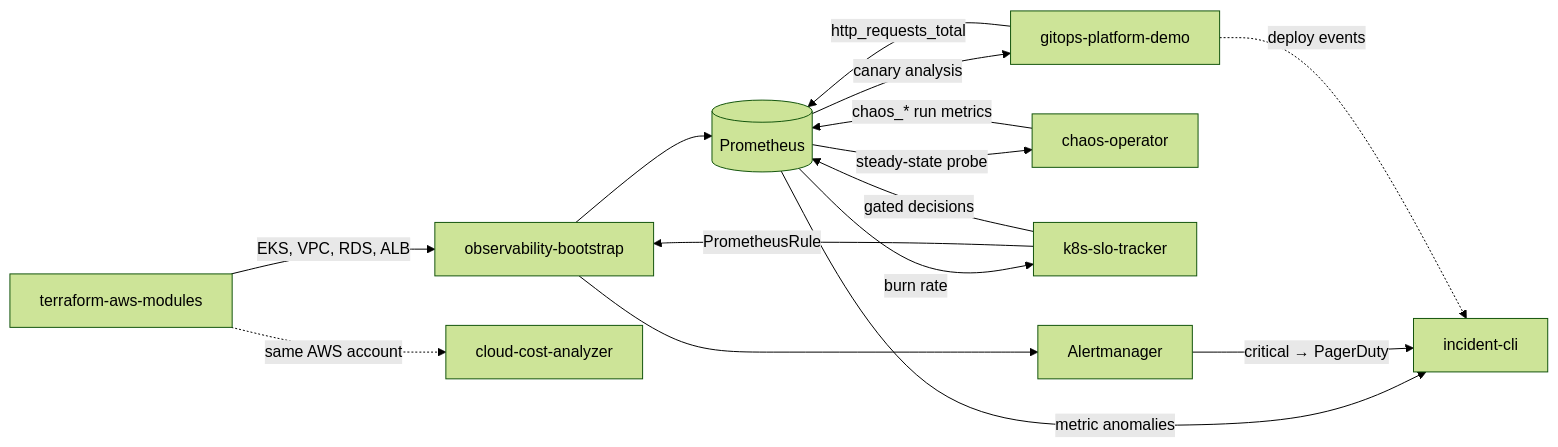
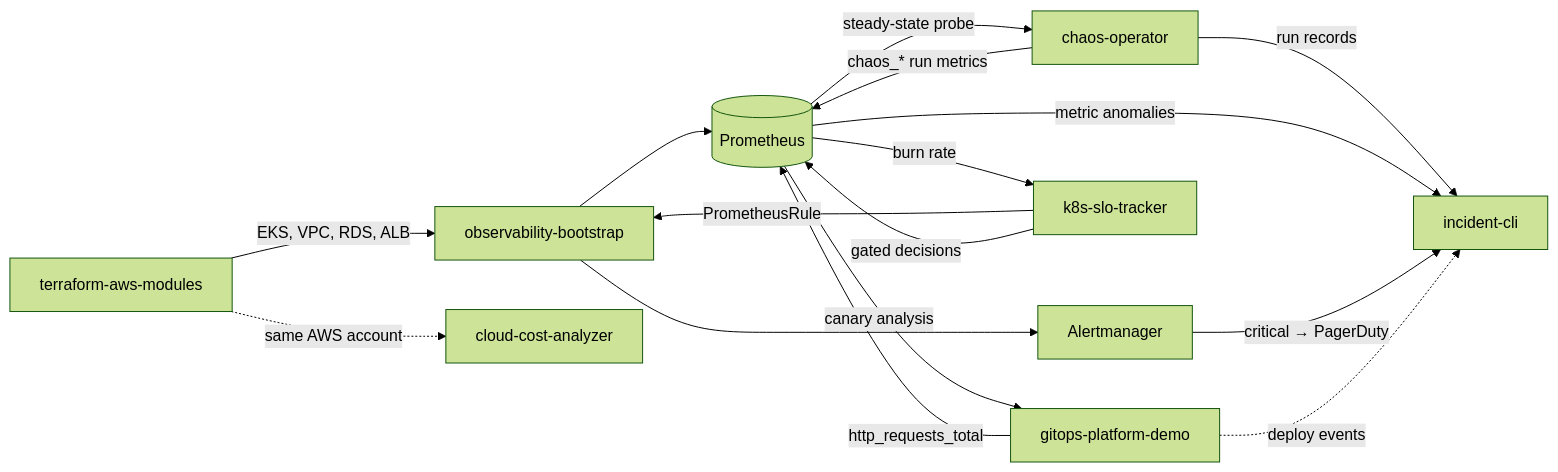
The diagram in README.md (jamespham8929/jamespham8929), drawn with Mermaid (forest theme) before and after one commit. The commit also changed other lines of this file, not shown here.

First line of the commit message:
chaos runs are now incident-cli events

````diff
--- a/README.md
+++ b/README.md
@@ -12,27 +12,28 @@
 ```mermaid
 flowchart LR
   TF["terraform-aws-modules"]
   OBS["observability-bootstrap"]
   GITOPS["gitops-platform-demo"]
   CHAOS["chaos-operator"]
   SLO["k8s-slo-tracker"]
   INC["incident-cli"]
   COST["cloud-cost-analyzer"]
   PROM[("Prometheus")]
   AM["Alertmanager"]
 
   TF -->|"EKS, VPC, RDS, ALB"| OBS
   OBS --> PROM
   OBS --> AM
   GITOPS -->|"http_requests_total"| PROM
   PROM -->|"canary analysis"| GITOPS
   PROM -->|"burn rate"| SLO
   SLO -->|"PrometheusRule"| OBS
   PROM -->|"steady-state probe"| CHAOS
   CHAOS -->|"chaos_* run metrics"| PROM
+  CHAOS -->|"run records"| INC
   SLO -->|"gated decisions"| PROM
   PROM -->|"metric anomalies"| INC
   AM -->|"critical → PagerDuty"| INC
   TF -.->|"same AWS account"| COST
   GITOPS -.->|"deploy events"| INC
 ```
````
